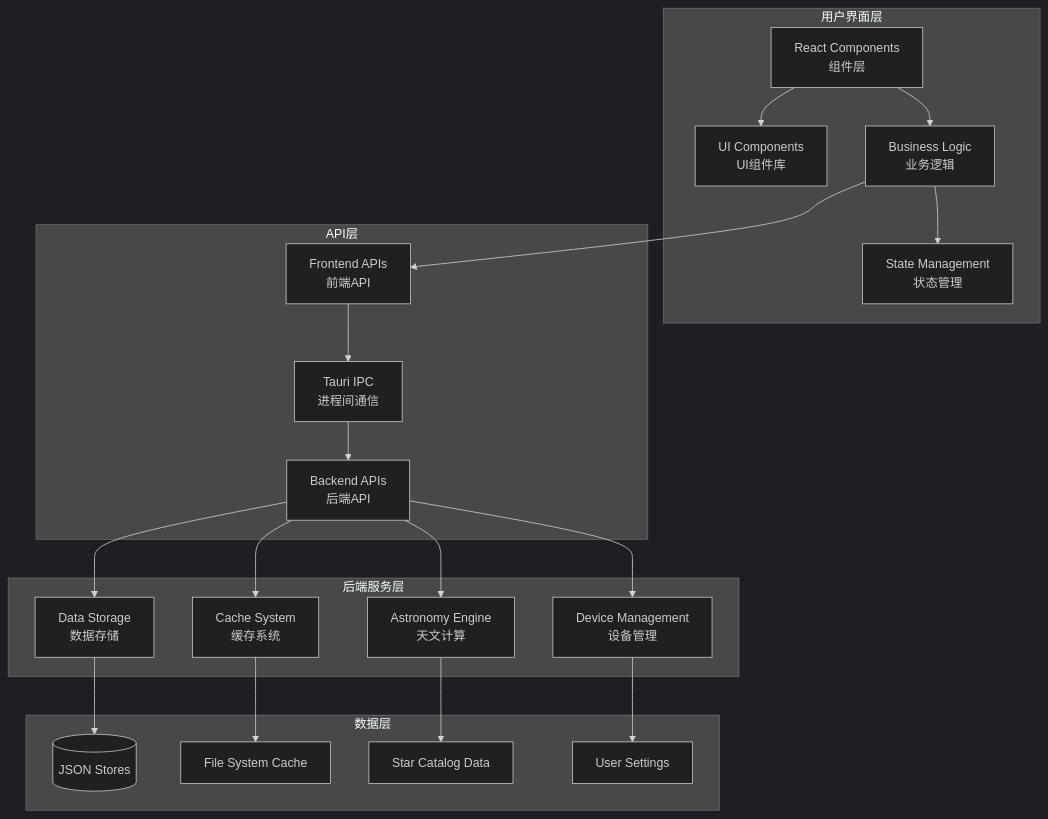
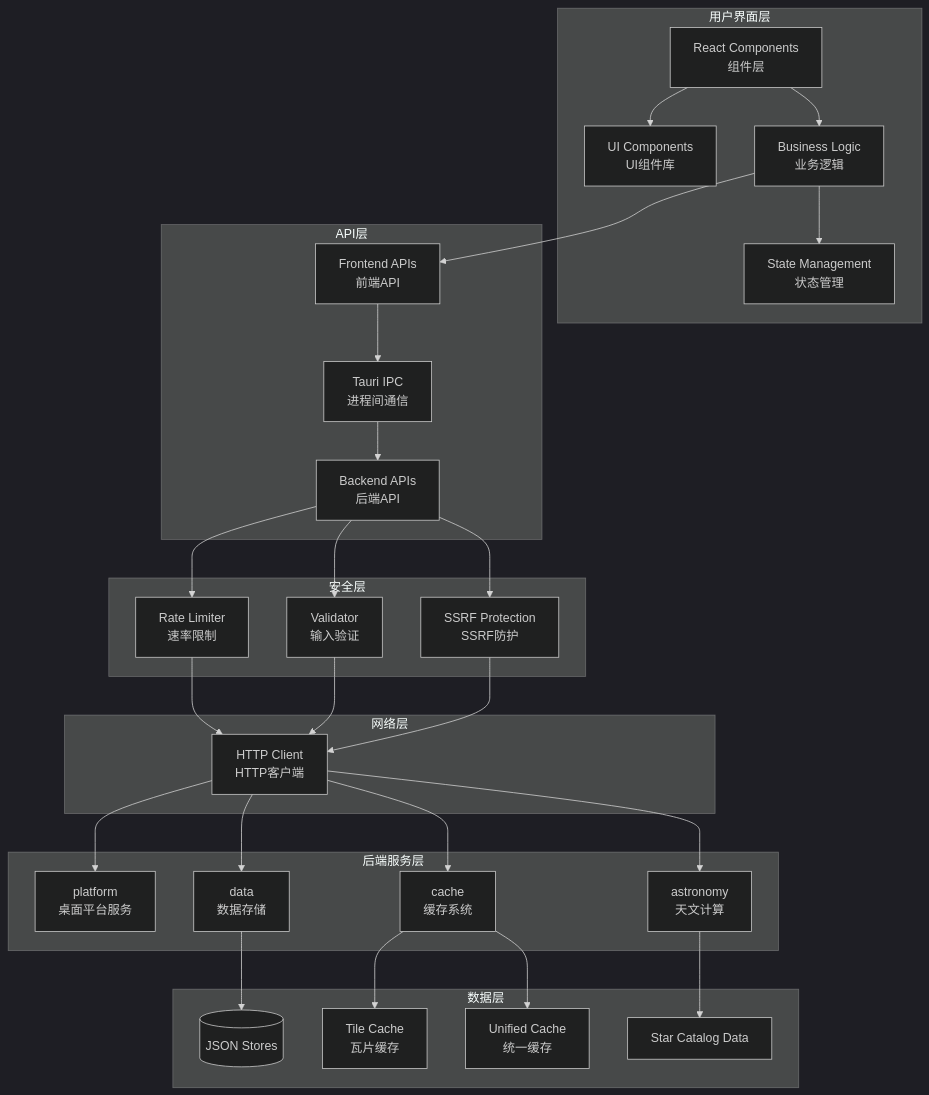
One commit to AstroAir/skymap-test changed the first of 10 diagrams in docs/developer-guide/architecture/overview.md. Above: the diagram before and after it, drawn with Mermaid (dark theme). The commit also changed other lines of this file and 148 other files, not shown here.

````diff
--- a/docs/developer-guide/architecture/overview.md
+++ b/docs/developer-guide/architecture/overview.md
@@ -11,44 +11,60 @@
 ```mermaid
 graph TB
     subgraph 用户界面层
         A1[React Components<br/>组件层]
         A2[UI Components<br/>UI组件库]
         A3[Business Logic<br/>业务逻辑]
         A4[State Management<br/>状态管理]
     end
 
     subgraph API层
         B1[Frontend APIs<br/>前端API]
         B2[Tauri IPC<br/>进程间通信]
         B3[Backend APIs<br/>后端API]
     end
 
+    subgraph 安全层
+        S1[Rate Limiter<br/>速率限制]
+        S2[Validator<br/>输入验证]
+        S3[SSRF Protection<br/>SSRF防护]
+    end
+
+    subgraph 网络层
+        N1[HTTP Client<br/>HTTP客户端]
+    end
+
     subgraph 后端服务层
-        C1[Astronomy Engine<br/>天文计算]
-        C2[Data Storage<br/>数据存储]
-        C3[Cache System<br/>缓存系统]
-        C4[Device Management<br/>设备管理]
+        C1[platform<br/>桌面平台服务]
+        C2[cache<br/>缓存系统]
+        C3[astronomy<br/>天文计算]
+        C4[data<br/>数据存储]
     end
 
     subgraph 数据层
         D1[(JSON Stores)]
-        D2[File System Cache]
-        D3[Star Catalog Data]
-        D4[User Settings]
+        D2[Tile Cache<br/>瓦片缓存]
+        D3[Unified Cache<br/>统一缓存]
+        D4[Star Catalog Data]
     end
 
     A1 --> A2
     A1 --> A3
     A3 --> A4
     A3 --> B1
     B1 --> B2
     B2 --> B3
-    B3 --> C1
-    B3 --> C2
-    B3 --> C3
-    B3 --> C4
-    C2 --> D1
-    C3 --> D2
-    C1 --> D3
-    C4 --> D4
+    B3 --> S1
+    B3 --> S2
+    B3 --> S3
+    S1 --> N1
+    S2 --> N1
+    S3 --> N1
+    N1 --> C1
+    N1 --> C2
+    N1 --> C3
+    N1 --> C4
+    C4 --> D1
+    C2 --> D2
+    C2 --> D3
+    C3 --> D4
 ```
````
